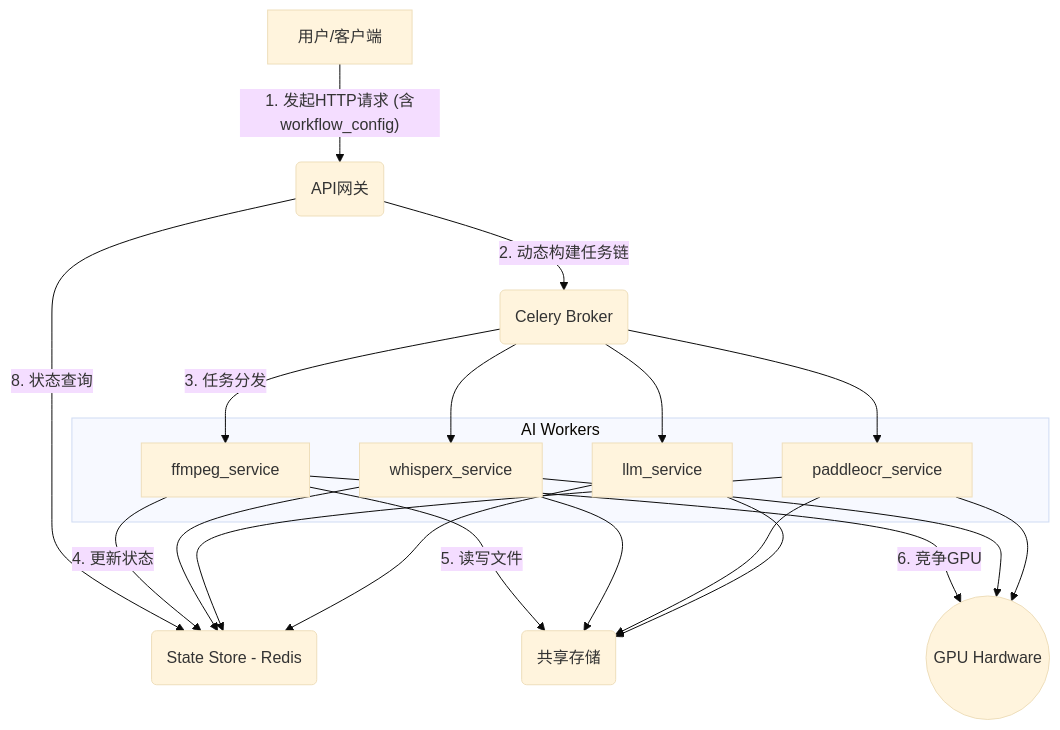
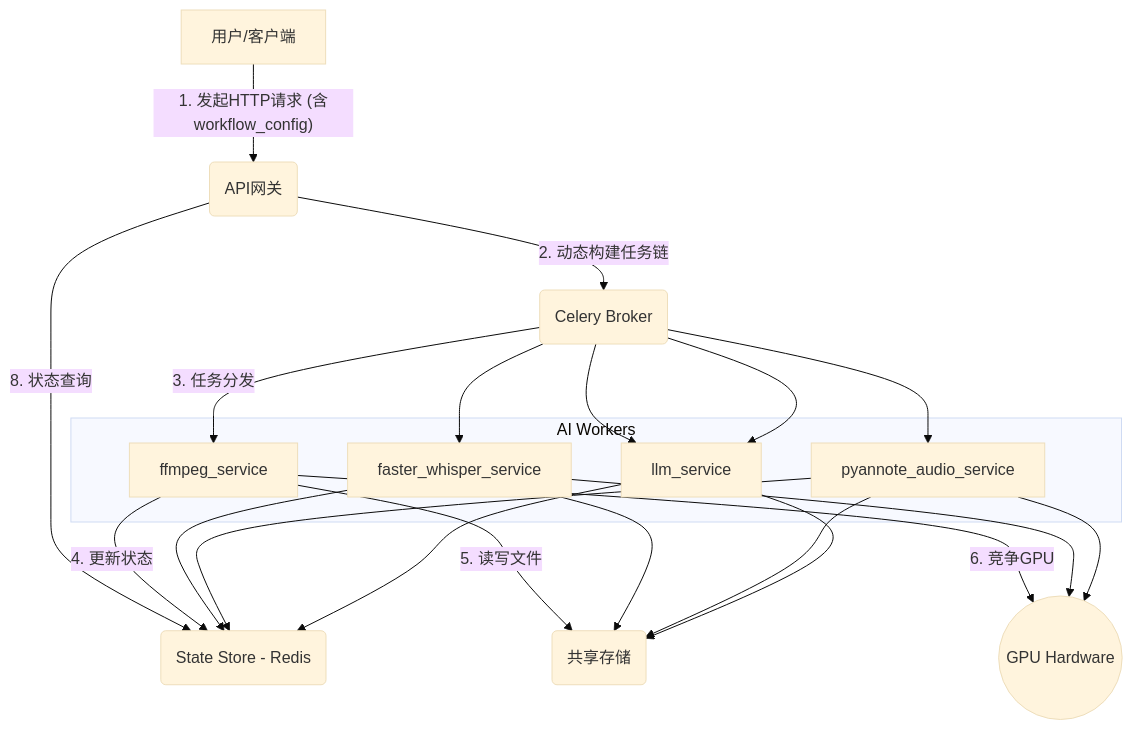
One commit to wionch/YiVideo changed the first of 2 diagrams in docs/architecture/SYSTEM_ARCHITECTURE.md. Above: the diagram before and after it, drawn with Mermaid (base theme). The commit also changed other lines of this file and 83 other files, not shown here.

````diff
--- a/docs/architecture/SYSTEM_ARCHITECTURE.md
+++ b/docs/architecture/SYSTEM_ARCHITECTURE.md
@@ -18,33 +18,34 @@
 ```mermaid
 graph TD
     A[用户/客户端] -- "1. 发起HTTP请求 (含workflow_config)" --> B(API网关);
     
     B -- "2. 动态构建任务链" --> C(Celery Broker);
     B -- "8. 状态查询" --> D(State Store - Redis);
 
     C -- "3. 任务分发" --> W1[ffmpeg_service];
-    C -- " " --> W2[whisperx_service];
-    C -- " " --> W3[paddleocr_service];
+    C -- " " --> W2[faster_whisper_service];
+    C -- " " --> W3[pyannote_audio_service];
+    C -- " " --> W4[paddleocr_service];
     C -- " " --> W4[llm_service];
 
     W1 -- "4. 更新状态" --> D;
     W2 -- " " --> D;
     W3 -- " " --> D;
     W4 -- " " --> D;
 
     W1 -- "5. 读写文件" --> E(共享存储);
     W2 -- " " --> E;
     W3 -- " " --> E;
     W4 -- " " --> E;
 
     W1 -- "6. 竞争GPU" --> G((GPU Hardware));
     W2 -- " " --> G;
     W3 -- " " --> G;
 
     subgraph AI Workers
         W1
         W2
         W3
         W4
     end
 ```
````
